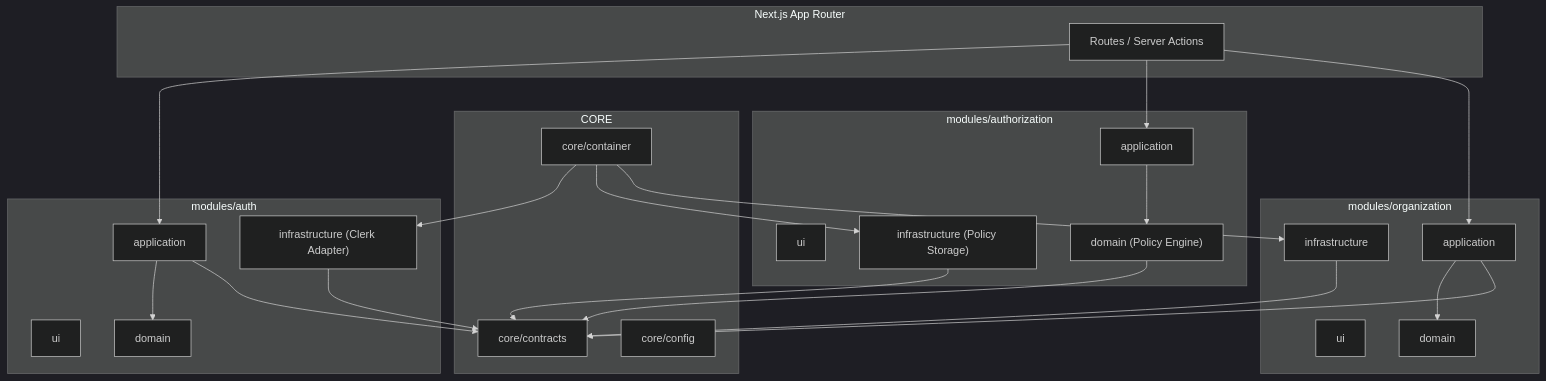
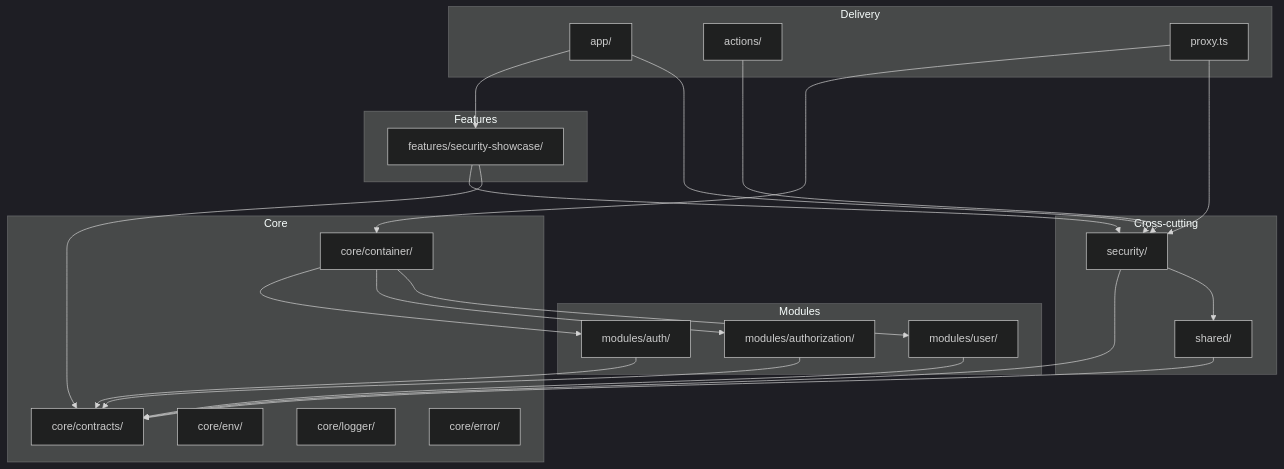
The diagram in docs/architecture/02 - Full Module Structure.mmd (wmitrus/nextjs-16-boilerplate), drawn with Mermaid (dark theme) before and after one commit. The commit also changed 6 other files, not shown here.

First line of the commit message:
docs(architecture): update dependency graphs and traceability notes

```diff
--- a/docs/architecture/02 - Full Module Structure.mmd
+++ b/docs/architecture/02 - Full Module Structure.mmd
@@ -1,52 +1,53 @@
-flowchart TB
+flowchart TD
+%% Traceability: src/actions/**, src/app/**, src/features/security-showcase/**, src/modules/{auth,authorization,user}/**, src/security/**, src/shared/**, src/core/**
+%% Runtime anchors: src/proxy.ts, src/core/container/index.ts
 
-subgraph APP_ROUTER["Next.js App Router"]
-    ROUTES["Routes / Server Actions"]
+subgraph DELIVERY["Delivery"]
+  APP["app/"]
+  ACTIONS["actions/"]
+  PROXY["proxy.ts"]
 end
 
-subgraph CORE
-    CONTRACTS["core/contracts"]
-    CONTAINER["core/container"]
-    CONFIG["core/config"]
+subgraph FEATURES["Features"]
+  FSEC["features/security-showcase/"]
 end
 
-subgraph AUTH_MODULE["modules/auth"]
-    AUTH_UI["ui"]
-    AUTH_APP["application"]
-    AUTH_DOMAIN["domain"]
-    AUTH_INFRA["infrastructure (Clerk Adapter)"]
+subgraph MODULES["Modules"]
+  MAUTH["modules/auth/"]
+  MAUTHZ["modules/authorization/"]
+  MUSER["modules/user/"]
 end
 
-subgraph AUTHZ_MODULE["modules/authorization"]
-    AUTHZ_UI["ui"]
-    AUTHZ_APP["application"]
-    AUTHZ_DOMAIN["domain (Policy Engine)"]
-    AUTHZ_INFRA["infrastructure (Policy Storage)"]
+subgraph CROSS["Cross-cutting"]
+  SECURITY["security/"]
+  SHARED["shared/"]
 end
 
-subgraph ORG_MODULE["modules/organization"]
-    ORG_UI["ui"]
-    ORG_APP["application"]
-    ORG_DOMAIN["domain"]
-    ORG_INFRA["infrastructure"]
+subgraph CORE["Core"]
+  CCONTRACTS["core/contracts/"]
+  CCONTAINER["core/container/"]
+  CENV["core/env/"]
+  CLOGGER["core/logger/"]
+  CERROR["core/error/"]
 end
 
-ROUTES --> AUTH_APP
-ROUTES --> AUTHZ_APP
-ROUTES --> ORG_APP
+APP --> FSEC
+APP --> SECURITY
+ACTIONS --> SECURITY
+PROXY --> CCONTAINER
+PROXY --> SECURITY
 
-AUTH_APP --> AUTH_DOMAIN
-AUTHZ_APP --> AUTHZ_DOMAIN
-ORG_APP --> ORG_DOMAIN
+FSEC --> SECURITY
+FSEC --> CCONTRACTS
 
-AUTH_INFRA --> CONTRACTS
-AUTHZ_INFRA --> CONTRACTS
-ORG_INFRA --> CONTRACTS
+SECURITY --> CCONTRACTS
+SECURITY --> SHARED
 
-AUTHZ_DOMAIN --> CONTRACTS
-AUTH_APP --> CONTRACTS
-ORG_APP --> CONTRACTS
+MAUTH --> CCONTRACTS
+MAUTHZ --> CCONTRACTS
+MUSER --> CCONTRACTS
+SHARED --> CCONTRACTS
 
-CONTAINER --> AUTH_INFRA
-CONTAINER --> AUTHZ_INFRA
-CONTAINER --> ORG_INFRA
+CCONTAINER --> MAUTH
+CCONTAINER --> MAUTHZ
+CCONTAINER --> MUSER
```
